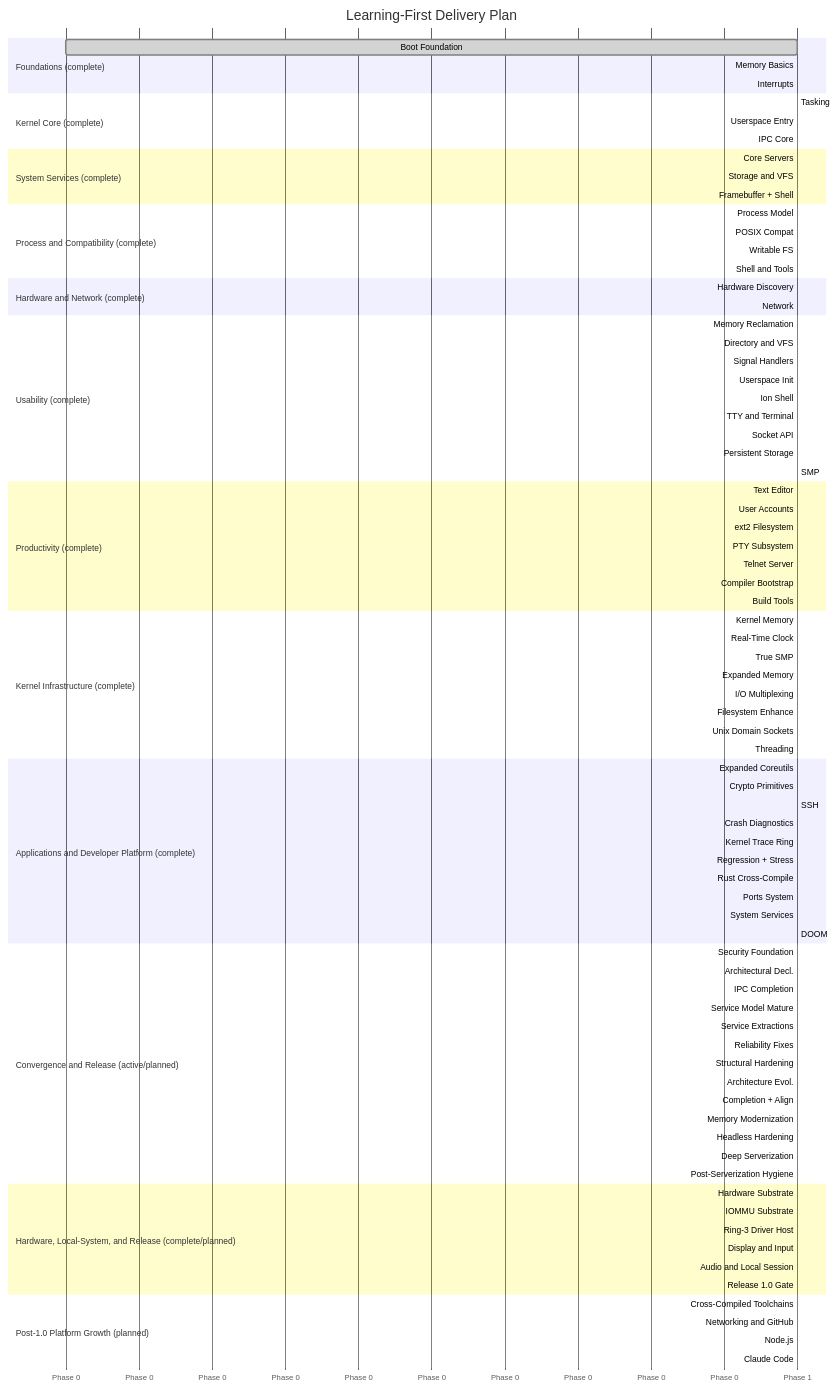
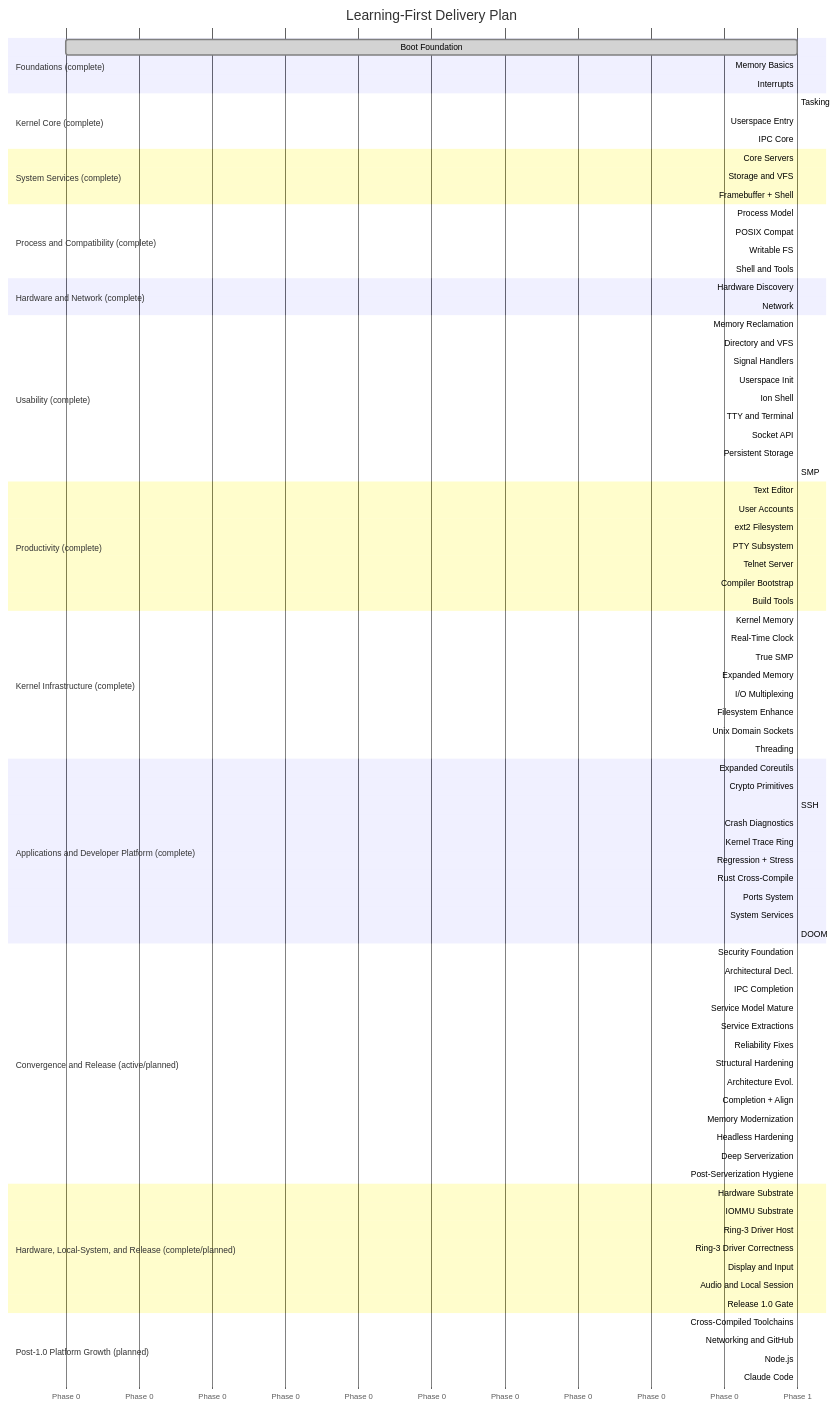
The second of 2 diagrams in docs/roadmap/README.md (mikecubed/m3OS), drawn with Mermaid before and after one commit. The commit also changed other lines of this file and 2 other files, not shown here.

First line of the commit message:
docs(phase-55c): spec + tasks for ring-3 driver correctness closure

```diff
--- a/docs/roadmap/README.md
+++ b/docs/roadmap/README.md
@@ -400,7 +402,8 @@
     Hardware Substrate      :done, p55, after p54a, 1
     IOMMU Substrate         :p55a, after p55, 1
     Ring-3 Driver Host      :p55b, after p55a, 1
-    Display and Input       :p56, after p55b, 1
+    Ring-3 Driver Correctness :p55c, after p55b, 1
+    Display and Input       :p56, after p55c, 1
     Audio and Local Session :p57, after p56, 1
     Release 1.0 Gate        :p58, after p57, 1
 
```
